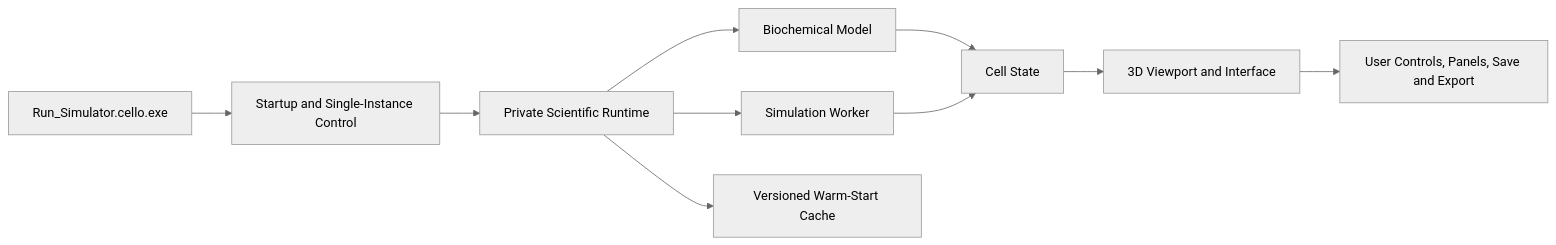
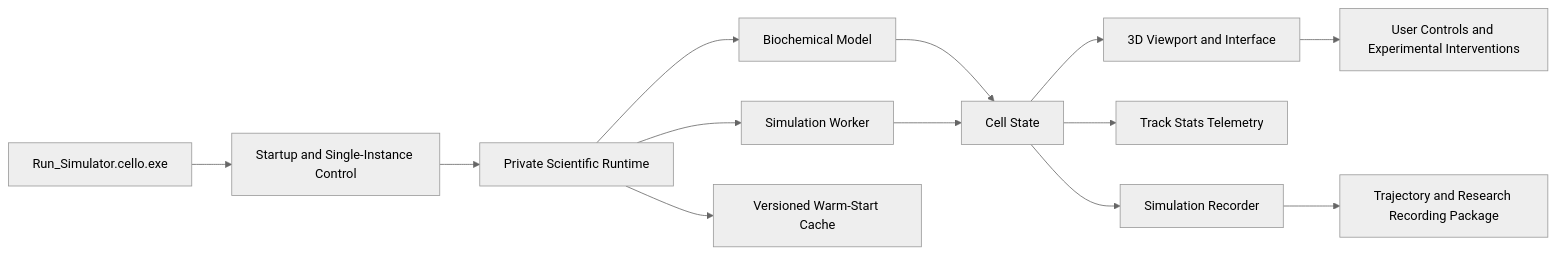
The diagram in README.md (build33Mercury/Cello), drawn with Mermaid (neutral theme) before and after one commit. The commit also changed other lines of this file, not shown here.

````diff
--- a/README.md
+++ b/README.md
@@ -52,12 +136,22 @@
 ```mermaid
 flowchart LR
     A[Run_Simulator.cello.exe] --> B[Startup and Single-Instance Control]
     B --> C[Private Scientific Runtime]
+
     C --> D[Biochemical Model]
     C --> E[Simulation Worker]
+
     D --> F[Cell State]
     E --> F
+
     F --> G[3D Viewport and Interface]
-    G --> H[User Controls, Panels, Save and Export]
-    C --> I[Versioned Warm-Start Cache]
+
+    F --> H[Track Stats Telemetry]
+    F --> I[Simulation Recorder]
+
+    G --> J[User Controls and Experimental Interventions]
+
+    I --> K[Trajectory and Research Recording Package]
+
+    C --> L[Versioned Warm-Start Cache]
 ```
````
